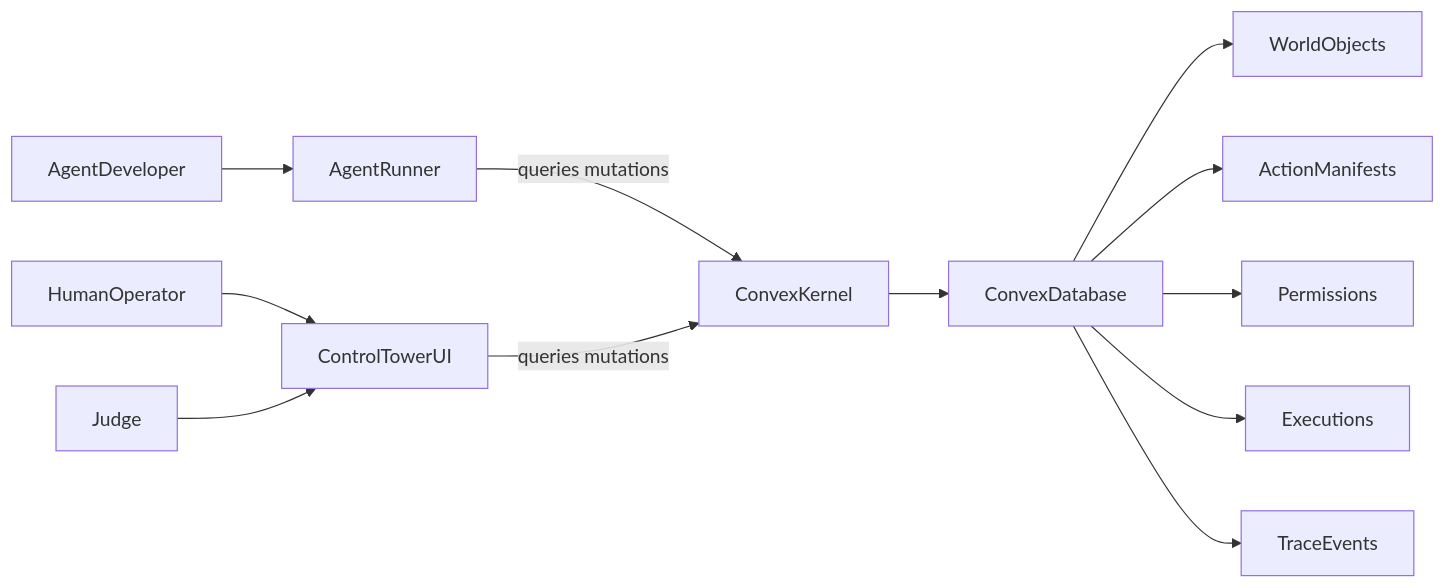
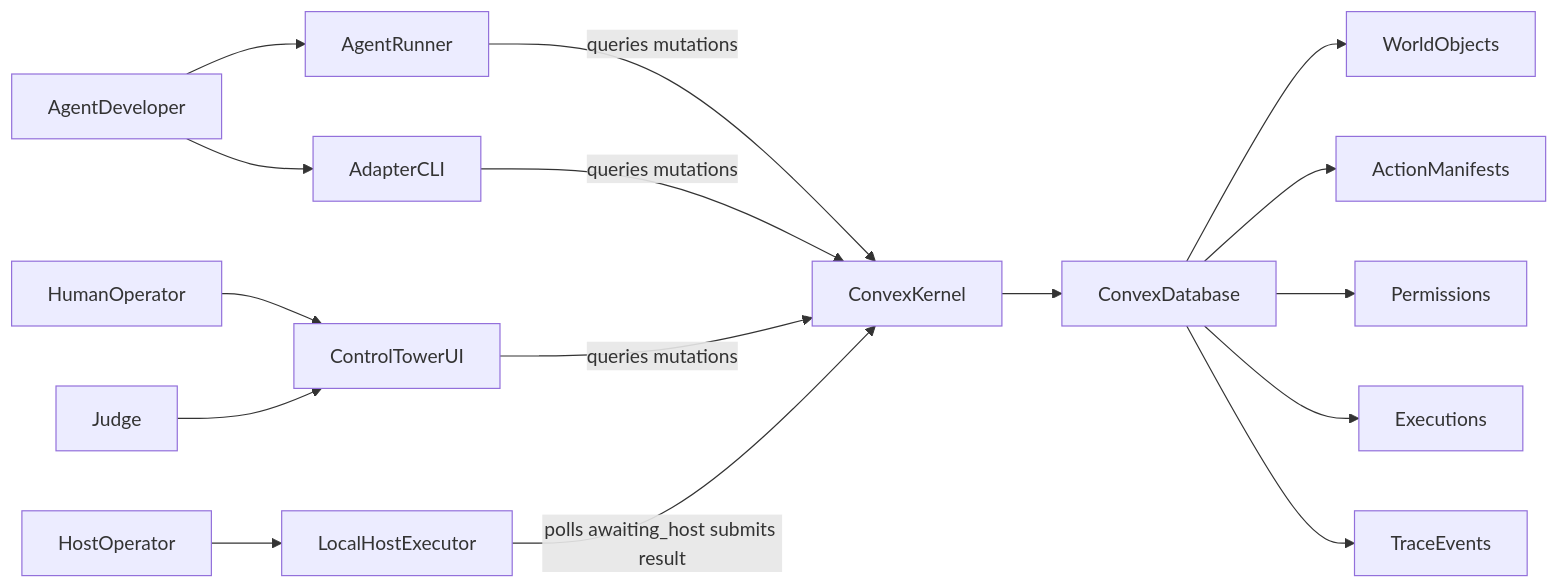
The first of 4 diagrams in docs/ARCHITECTURE.md (TharuTharujan/OpenAgent_OS), drawn with Mermaid before and after one commit. The commit also changed other lines of this file and 34 other files, not shown here.

````diff
--- a/docs/ARCHITECTURE.md
+++ b/docs/ARCHITECTURE.md
@@ -7,14 +7,18 @@
 ```mermaid
 flowchart LR
   AgentDeveloper[AgentDeveloper] --> AgentRunner[AgentRunner]
+  AgentDeveloper --> AdapterCLI[AdapterCLI]
+  HostOperator[HostOperator] --> HostExecutor[LocalHostExecutor]
   HumanOperator[HumanOperator] --> ControlTower[ControlTowerUI]
   Judge[Judge] --> ControlTower
   AgentRunner -->|"queries mutations"| ConvexKernel[ConvexKernel]
+  AdapterCLI -->|"queries mutations"| ConvexKernel
   ControlTower -->|"queries mutations"| ConvexKernel
+  HostExecutor -->|"polls awaiting_host submits result"| ConvexKernel
   ConvexKernel --> ConvexDatabase[ConvexDatabase]
   ConvexDatabase --> WorldState[WorldObjects]
   ConvexDatabase --> ActionManifests[ActionManifests]
   ConvexDatabase --> Permissions[Permissions]
   ConvexDatabase --> Executions[Executions]
   ConvexDatabase --> TraceEvents[TraceEvents]
 ```
````
